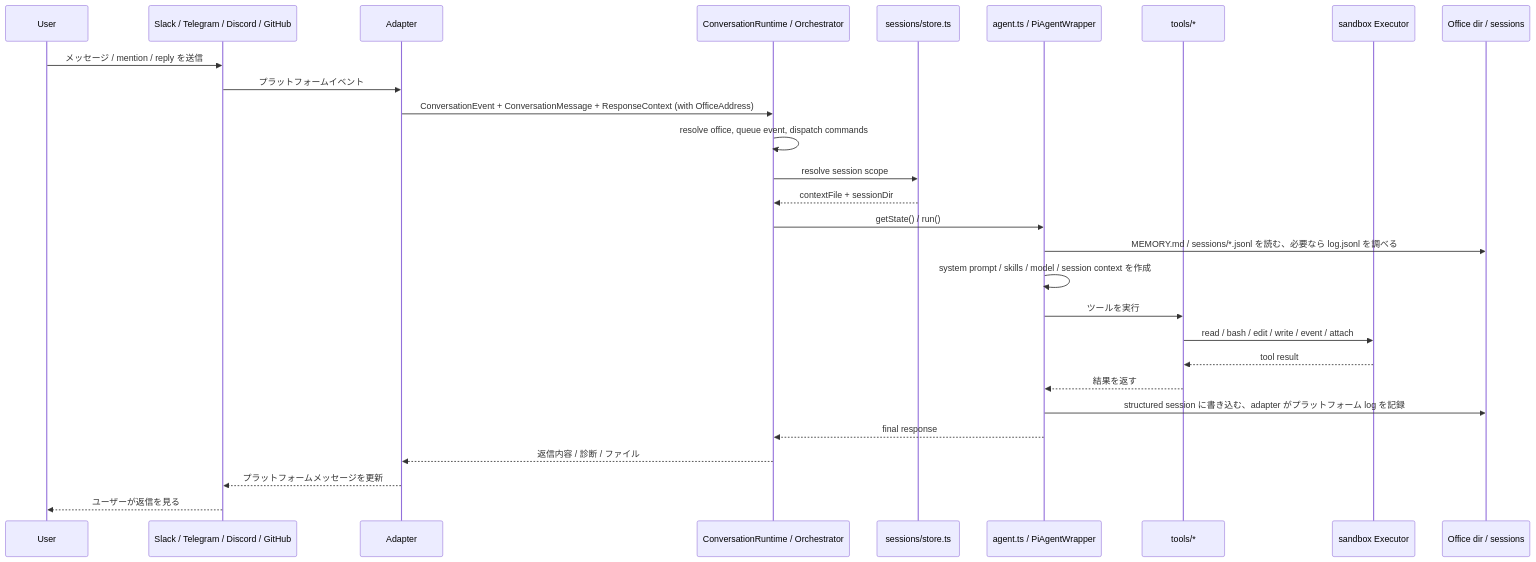
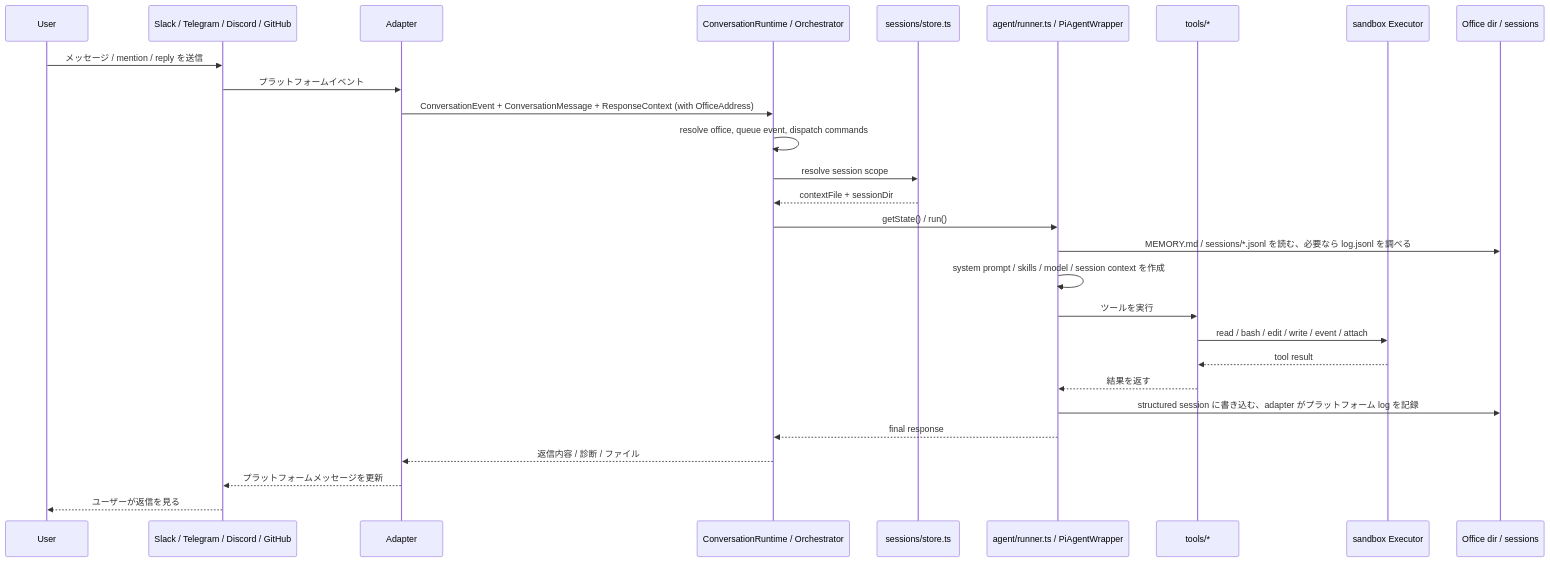
One commit to geminixiang/mikan changed the first of 2 diagrams in src/content/docs/ja/architecture.md. Above: the diagram before and after it, drawn with Mermaid. The commit also changed other lines of this file and 26 other files, not shown here.

````diff
--- a/src/content/docs/ja/architecture.md
+++ b/src/content/docs/ja/architecture.md
@@ -125,31 +125,31 @@
 ```mermaid
 sequenceDiagram
   participant U as User
   participant P as Slack / Telegram / Discord / GitHub
   participant A as Adapter
   participant M as ConversationRuntime / Orchestrator
   participant S as sessions/store.ts
-  participant R as agent.ts / PiAgentWrapper
+  participant R as agent/runner.ts / PiAgentWrapper
   participant T as tools/*
   participant X as sandbox Executor
   participant W as Office dir / sessions
 
   U->>P: メッセージ / mention / reply を送信
   P->>A: プラットフォームイベント
   A->>M: ConversationEvent + ConversationMessage + ResponseContext (with OfficeAddress)
   M->>M: resolve office, queue event, dispatch commands
   M->>S: resolve session scope
   S-->>M: contextFile + sessionDir
   M->>R: getState() / run()
   R->>W: MEMORY.md / sessions/*.jsonl を読む、必要なら log.jsonl を調べる
   R->>R: system prompt / skills / model / session context を作成
   R->>T: ツールを実行
   T->>X: read / bash / edit / write / event / attach
   X-->>T: tool result
   T-->>R: 結果を返す
   R->>W: structured session に書き込む、adapter がプラットフォーム log を記録
   R-->>M: final response
   M-->>A: 返信内容 / 診断 / ファイル
   A-->>P: プラットフォームメッセージを更新
   P-->>U: ユーザーが返信を見る
 ```
````
